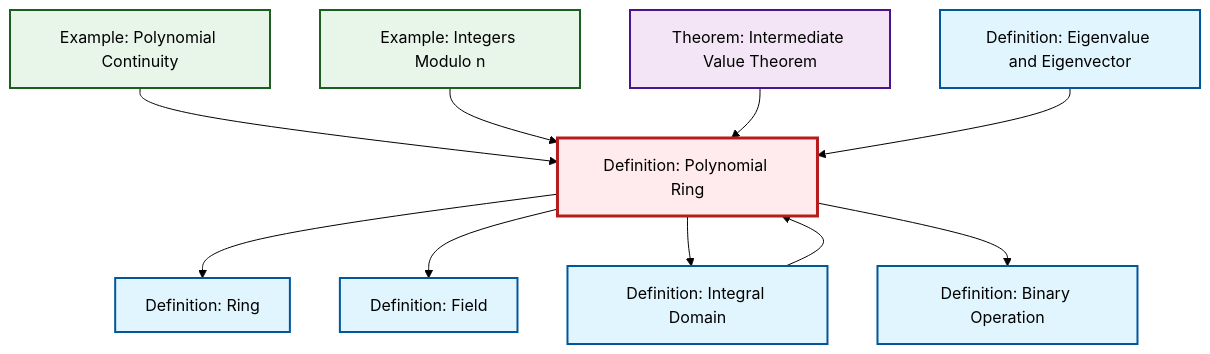
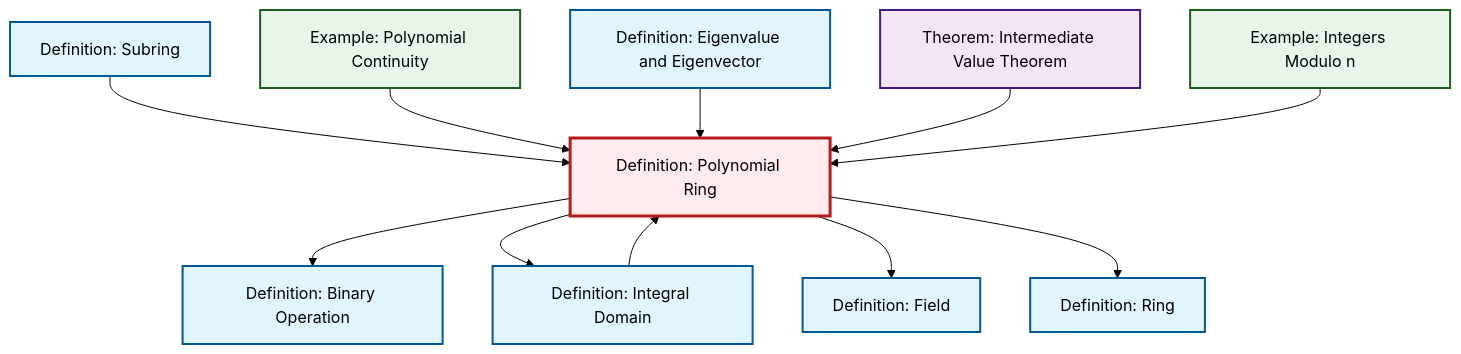
The diagram in content/ja/algebra/def-polynomial-ring.qmd (RK0429/ModernMath), drawn with Mermaid (forest theme) before and after one commit. The commit also changed 619 other files, not shown here.

````diff
--- a/content/ja/algebra/def-polynomial-ring.qmd
+++ b/content/ja/algebra/def-polynomial-ring.qmd
@@ -94,36 +94,39 @@
 ```{mermaid}
 %%| fig-cap: "Local dependency graph"
 graph TD
     classDef definition fill:#e1f5fe,stroke:#01579b,stroke-width:2px
     classDef theorem fill:#f3e5f5,stroke:#4a148c,stroke-width:2px
     classDef axiom fill:#fff3e0,stroke:#e65100,stroke-width:2px
     classDef example fill:#e8f5e9,stroke:#1b5e20,stroke-width:2px
     classDef current fill:#ffebee,stroke:#b71c1c,stroke-width:3px
+    def-binary-operation["Definition: Binary Operation"]:::definition
+    thm-intermediate-value["Theorem: Intermediate Value Theorem"]:::theorem
     ex-polynomial-continuity["Example: Polynomial Continuity"]:::example
     def-integral-domain["Definition: Integral Domain"]:::definition
+    def-eigenvalue-eigenvector["Definition: Eigenvalue and Eigenvector"]:::definition
+    def-subring["Definition: Subring"]:::definition
     ex-quotient-integers-mod-n["Example: Integers Modulo n"]:::example
     def-polynomial-ring["Definition: Polynomial Ring"]:::definition
-    thm-intermediate-value["Theorem: Intermediate Value Theorem"]:::theorem
+    def-field["Definition: Field"]:::definition
     def-ring["Definition: Ring"]:::definition
-    def-field["Definition: Field"]:::definition
-    def-eigenvalue-eigenvector["Definition: Eigenvalue and Eigenvector"]:::definition
-    def-binary-operation["Definition: Binary Operation"]:::definition
+    def-polynomial-ring --> def-binary-operation
+    def-subring --> def-polynomial-ring
+    def-polynomial-ring --> def-integral-domain
+    ex-polynomial-continuity --> def-polynomial-ring
+    def-eigenvalue-eigenvector --> def-polynomial-ring
+    thm-intermediate-value --> def-polynomial-ring
+    ex-quotient-integers-mod-n --> def-polynomial-ring
     def-integral-domain --> def-polynomial-ring
-    ex-polynomial-continuity --> def-polynomial-ring
-    ex-quotient-integers-mod-n --> def-polynomial-ring
+    def-polynomial-ring --> def-field
     def-polynomial-ring --> def-ring
-    def-polynomial-ring --> def-field
-    thm-intermediate-value --> def-polynomial-ring
-    def-polynomial-ring --> def-integral-domain
-    def-eigenvalue-eigenvector --> def-polynomial-ring
-    def-polynomial-ring --> def-binary-operation
     class def-polynomial-ring current
+    click def-binary-operation "def-binary-operation.html" "Definition: Binary Operationへ"
+    click thm-intermediate-value "thm-intermediate-value.html" "Theorem: Intermediate Value Theoremへ"
     click ex-polynomial-continuity "ex-polynomial-continuity.html" "Example: Polynomial Continuityへ"
     click def-integral-domain "def-integral-domain.html" "Definition: Integral Domainへ"
+    click def-eigenvalue-eigenvector "def-eigenvalue-eigenvector.html" "Definition: Eigenvalue and Eigenvectorへ"
+    click def-subring "def-subring.html" "Definition: Subringへ"
     click ex-quotient-integers-mod-n "ex-quotient-integers-mod-n.html" "Example: Integers Modulo nへ"
-    click thm-intermediate-value "thm-intermediate-value.html" "Theorem: Intermediate Value Theoremへ"
+    click def-field "def-field.html" "Definition: Fieldへ"
     click def-ring "def-ring.html" "Definition: Ringへ"
-    click def-field "def-field.html" "Definition: Fieldへ"
-    click def-eigenvalue-eigenvector "def-eigenvalue-eigenvector.html" "Definition: Eigenvalue and Eigenvectorへ"
-    click def-binary-operation "def-binary-operation.html" "Definition: Binary Operationへ"
 ```
````
